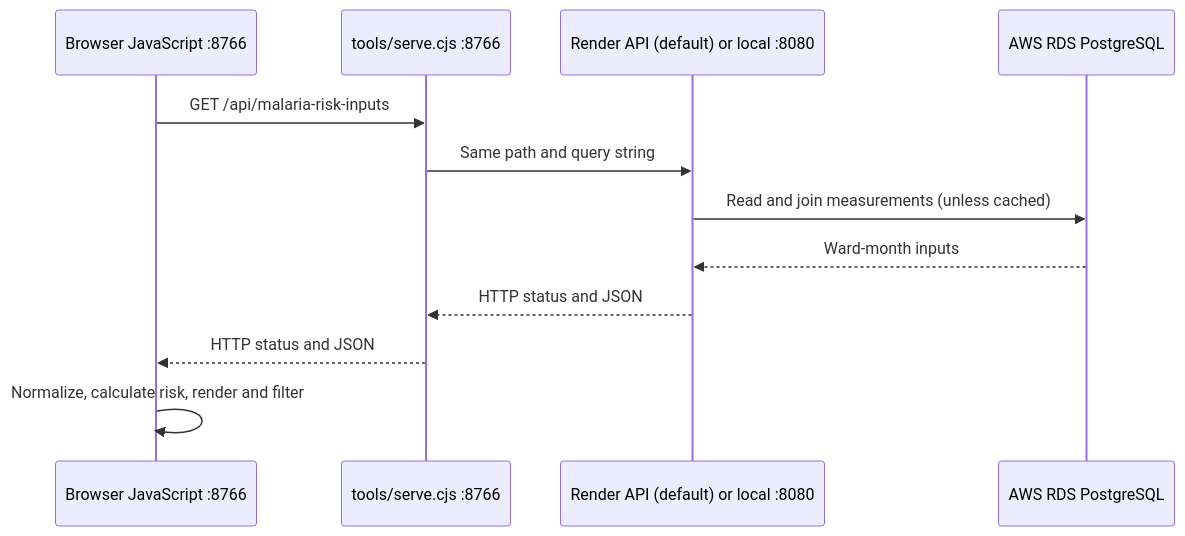
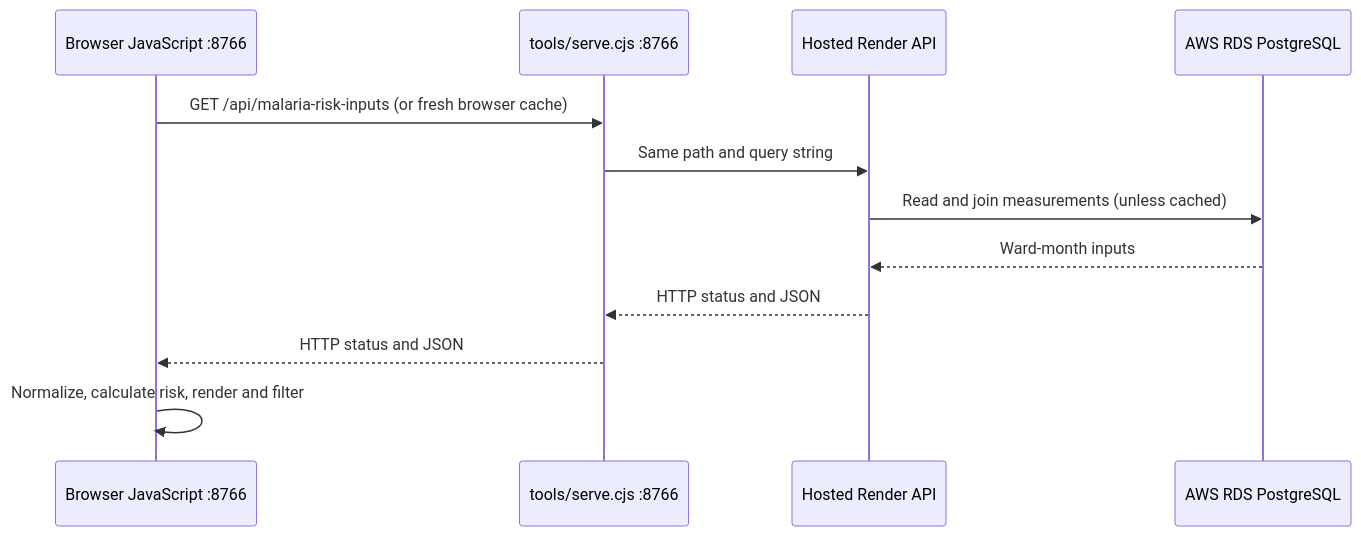
Before and after one commit to MEDICONSORTIUM/eoha-prototype: the diagram in README.md, drawn with Mermaid. The commit also changed other lines of this file and 38 other files, not shown here.

````diff
--- a/README.md
+++ b/README.md
@@ -263,14 +186,14 @@
 ```mermaid
 sequenceDiagram
     participant Browser as Browser JavaScript :8766
     participant Node as tools/serve.cjs :8766
-    participant Backend as Render API (default) or local :8080
+    participant Backend as Hosted Render API
     participant Database as AWS RDS PostgreSQL
-    Browser->>Node: GET /api/malaria-risk-inputs
+    Browser->>Node: GET /api/malaria-risk-inputs (or fresh browser cache)
     Node->>Backend: Same path and query string
     Backend->>Database: Read and join measurements (unless cached)
     Database-->>Backend: Ward-month inputs
     Backend-->>Node: HTTP status and JSON
     Node-->>Browser: HTTP status and JSON
     Browser->>Browser: Normalize, calculate risk, render and filter
 ```
````
